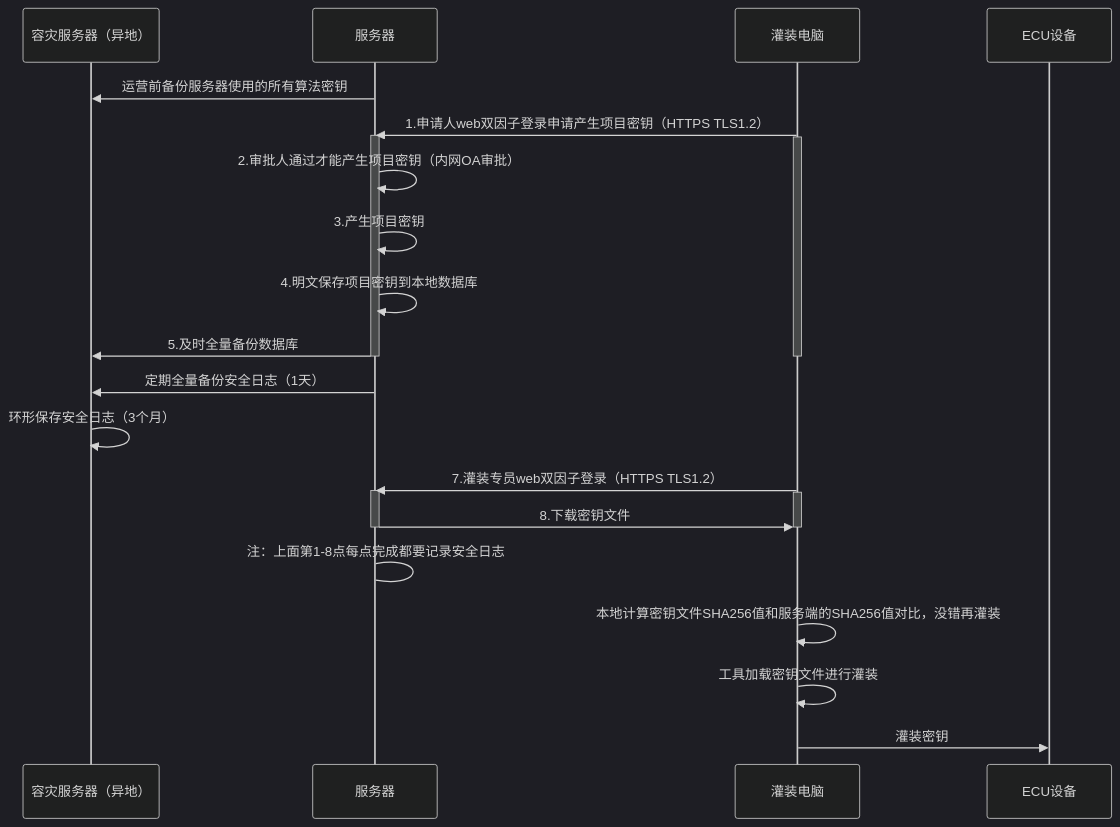
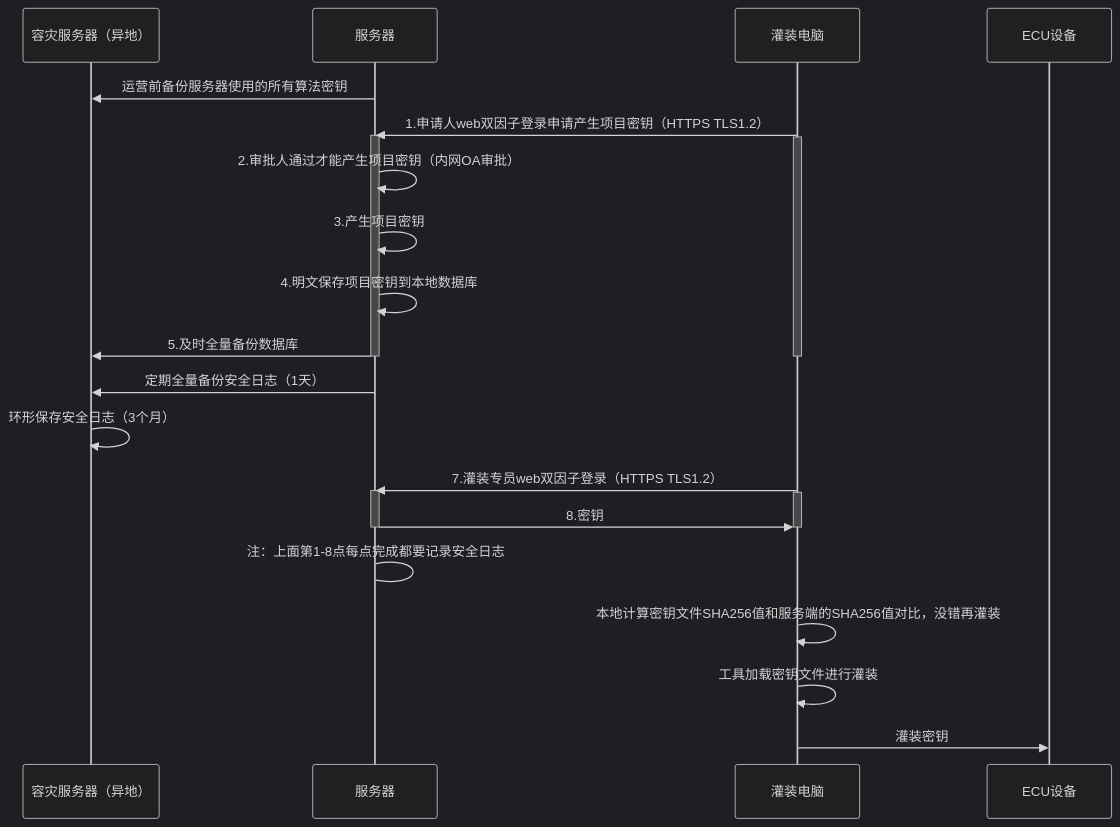
One commit to facebook-cloud/iodraw-files changed the diagram in all/未命名-20.md. Above: the diagram before and after it, drawn with Mermaid (dark theme).

Commit message:
2026-03-28 09:27:25 update

````diff
--- a/all/未命名-20.md
+++ b/all/未命名-20.md
@@ -1,35 +1,35 @@
 ```mermaid
 sequenceDiagram
     participant A as 容灾服务器（异地）
     participant B as 服务器
     participant D as 灌装电脑
     participant E as ECU设备
 
     B->>A: 运营前备份服务器使用的所有算法密钥
     D->>B: 1.申请人web双因子登录申请产生项目密钥（HTTPS TLS1.2）
     activate B
     activate D
     B->>B: 2.审批人通过才能产生项目密钥（内网OA审批）
     B->>B: 3.产生项目密钥
     B->>B: 4.明文保存项目密钥到本地数据库
     B->>A: 5.及时全量备份数据库
 
     deactivate B
     deactivate D
 
     B->>A: 定期全量备份安全日志（1天）
     A->>A: 环形保存安全日志（3个月）
     
     D->>B: 7.灌装专员web双因子登录（HTTPS TLS1.2）
     activate B
     activate D
-    B->>D: 8.下载密钥文件
+    B->>D: 8.密钥
     deactivate B
     deactivate D
     B->B: 注：上面第1-8点每点完成都要记录安全日志
 
     D->>D:本地计算密钥文件SHA256值和服务端的SHA256值对比，没错再灌装
     D->>D:工具加载密钥文件进行灌装
     
     D->>E: 灌装密钥
 ```
````
